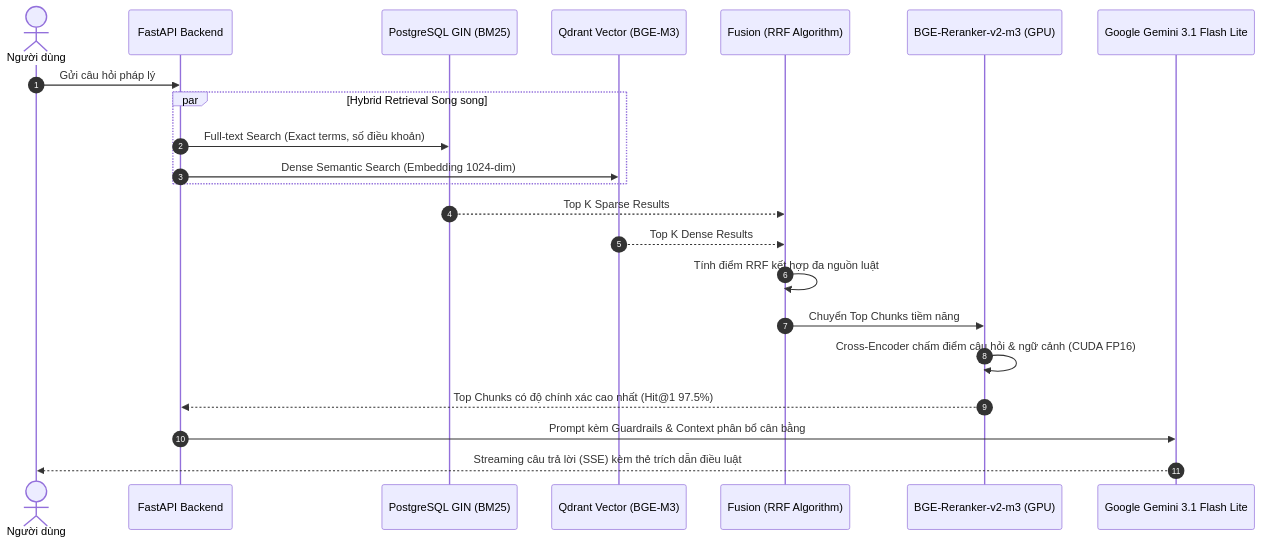
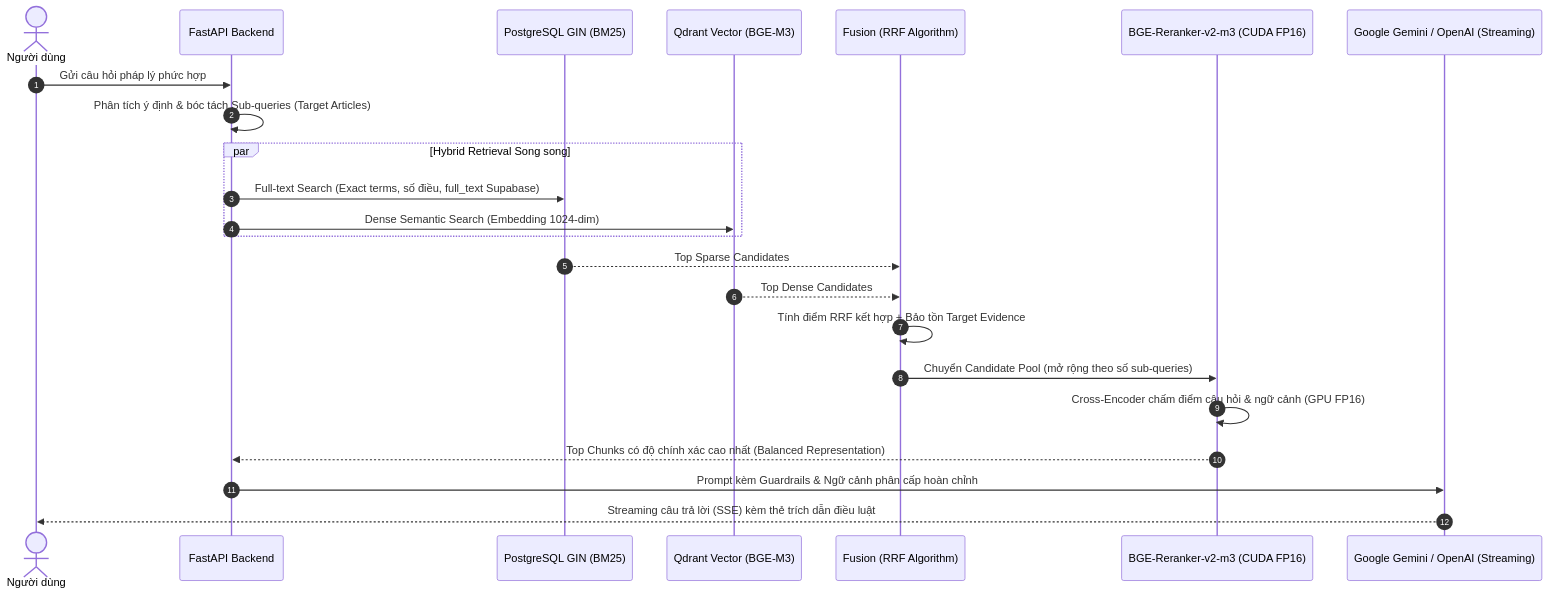
One commit to minhvuongle2004/vietlegalAI changed the second of 2 diagrams in README.md. Above: the diagram before and after it, drawn with Mermaid. The commit also changed other lines of this file, not shown here.

````diff
--- a/README.md
+++ b/README.md
@@ -133,25 +138,26 @@
 ```mermaid
 sequenceDiagram
     autonumber
     actor User as Người dùng
     participant API as FastAPI Backend
     participant BM25 as PostgreSQL GIN (BM25)
     participant Dense as Qdrant Vector (BGE-M3)
     participant RRF as Fusion (RRF Algorithm)
-    participant Rerank as BGE-Reranker-v2-m3 (GPU)
-    participant LLM as Google Gemini 3.1 Flash Lite
+    participant Rerank as BGE-Reranker-v2-m3 (CUDA FP16)
+    participant LLM as Google Gemini / OpenAI (Streaming)
 
-    User->>API: Gửi câu hỏi pháp lý
+    User->>API: Gửi câu hỏi pháp lý phức hợp
+    API->>API: Phân tích ý định & bóc tách Sub-queries (Target Articles)
     par Hybrid Retrieval Song song
-        API->>BM25: Full-text Search (Exact terms, số điều khoản)
+        API->>BM25: Full-text Search (Exact terms, số điều, full_text Supabase)
         API->>Dense: Dense Semantic Search (Embedding 1024-dim)
     end
-    BM25-->>RRF: Top K Sparse Results
-    Dense-->>RRF: Top K Dense Results
-    RRF->>RRF: Tính điểm RRF kết hợp đa nguồn luật
-    RRF->>Rerank: Chuyển Top Chunks tiềm năng
-    Rerank->>Rerank: Cross-Encoder chấm điểm câu hỏi & ngữ cảnh (CUDA FP16)
-    Rerank-->>API: Top Chunks có độ chính xác cao nhất (Hit@1 97.5%)
-    API->>LLM: Prompt kèm Guardrails & Context phân bổ cân bằng
+    BM25-->>RRF: Top Sparse Candidates
+    Dense-->>RRF: Top Dense Candidates
+    RRF->>RRF: Tính điểm RRF kết hợp + Bảo tồn Target Evidence
+    RRF->>Rerank: Chuyển Candidate Pool (mở rộng theo số sub-queries)
+    Rerank->>Rerank: Cross-Encoder chấm điểm câu hỏi & ngữ cảnh (GPU FP16)
+    Rerank-->>API: Top Chunks có độ chính xác cao nhất (Balanced Representation)
+    API->>LLM: Prompt kèm Guardrails & Ngữ cảnh phân cấp hoàn chỉnh
     LLM-->>User: Streaming câu trả lời (SSE) kèm thẻ trích dẫn điều luật
 ```
````
